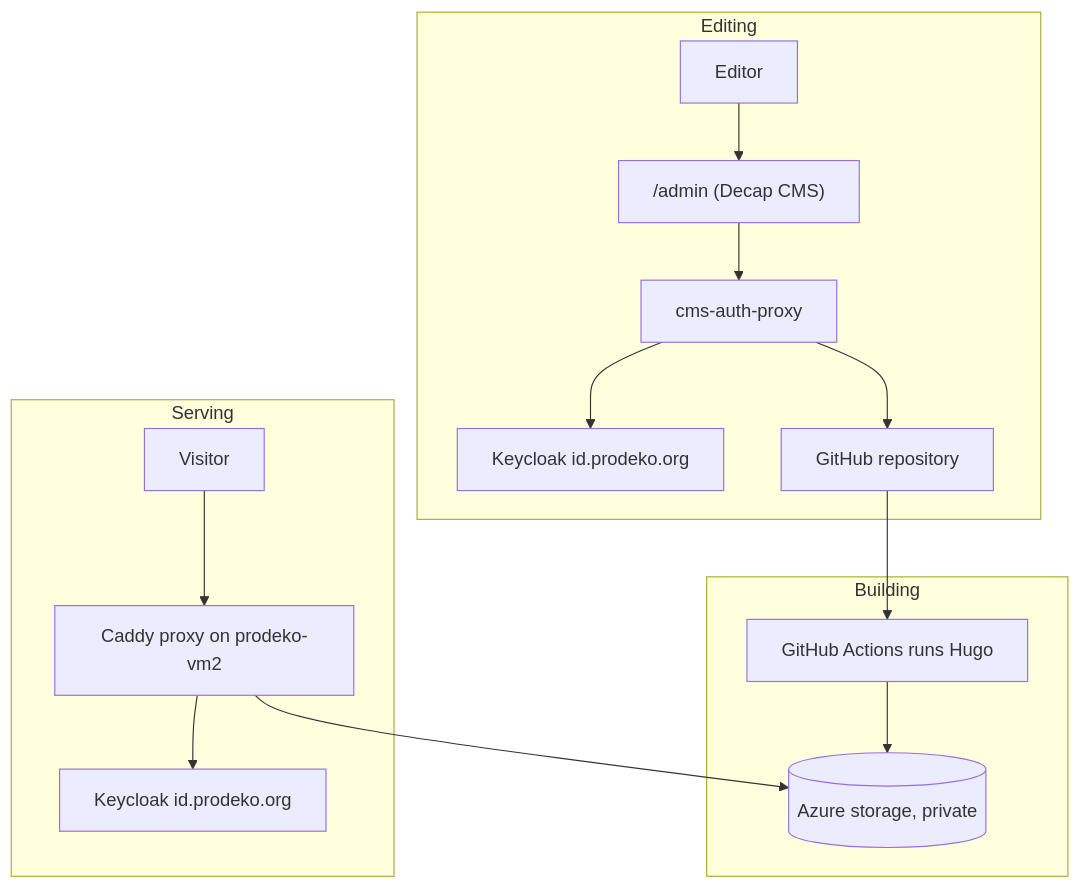
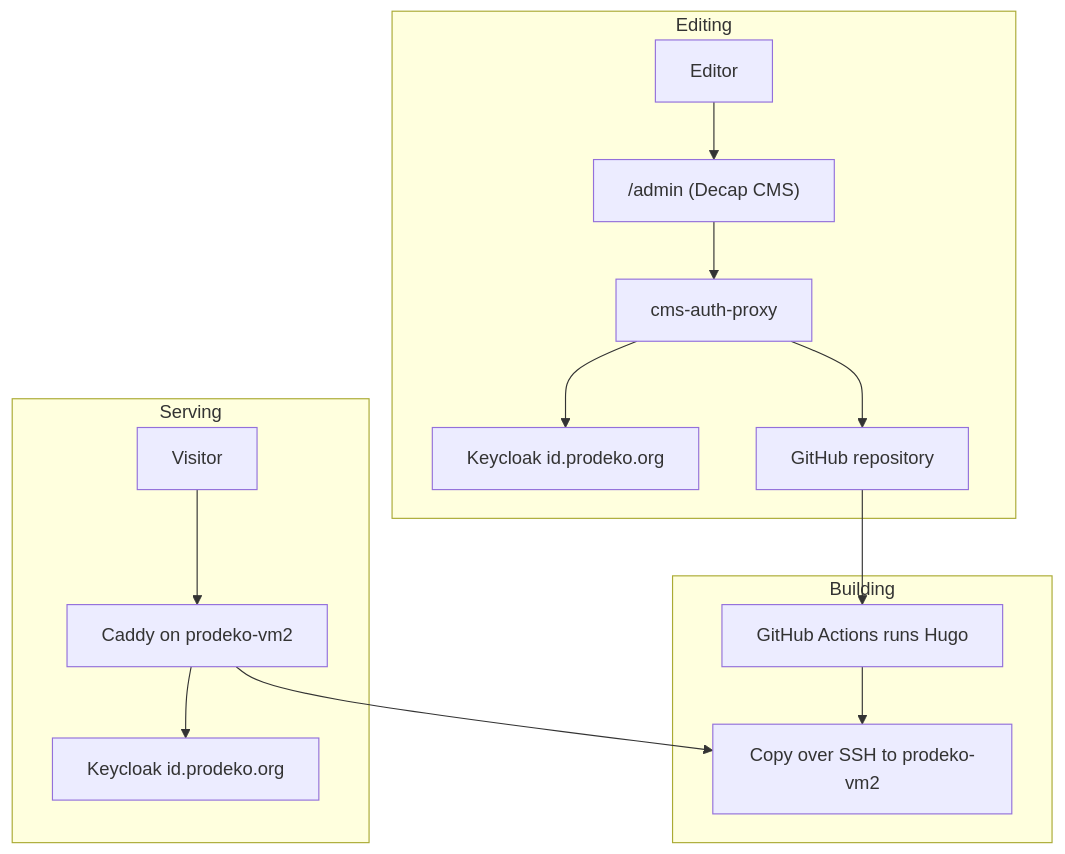
One commit to rvirtaha/prodeko-hack changed the first of 4 diagrams in docs/superpowers/specs/2026-09-18-prodeko-git-cms-design.md. Above: the diagram before and after it, drawn with Mermaid. The commit also changed other lines of this file and 2 other files, not shown here.

First line of the commit message:
Serve the built site from disk instead of object storage

````diff
--- a/docs/superpowers/specs/2026-09-18-prodeko-git-cms-design.md
+++ b/docs/superpowers/specs/2026-09-18-prodeko-git-cms-design.md
@@ -47,20 +47,20 @@
 ```mermaid
 flowchart TB
     subgraph edit[Editing]
         E[Editor] --> A["/admin (Decap CMS)"]
         A --> P[cms-auth-proxy]
         P --> K1[Keycloak id.prodeko.org]
         P --> G[GitHub repository]
     end
 
     subgraph build[Building]
         G --> CI[GitHub Actions runs Hugo]
-        CI --> B[(Azure storage, private)]
+        CI --> B[Copy over SSH to prodeko-vm2]
     end
 
     subgraph serve[Serving]
-        V[Visitor] --> C[Caddy proxy on prodeko-vm2]
+        V[Visitor] --> C[Caddy on prodeko-vm2]
         C --> B
         C --> K2[Keycloak id.prodeko.org]
     end
 ```
````
